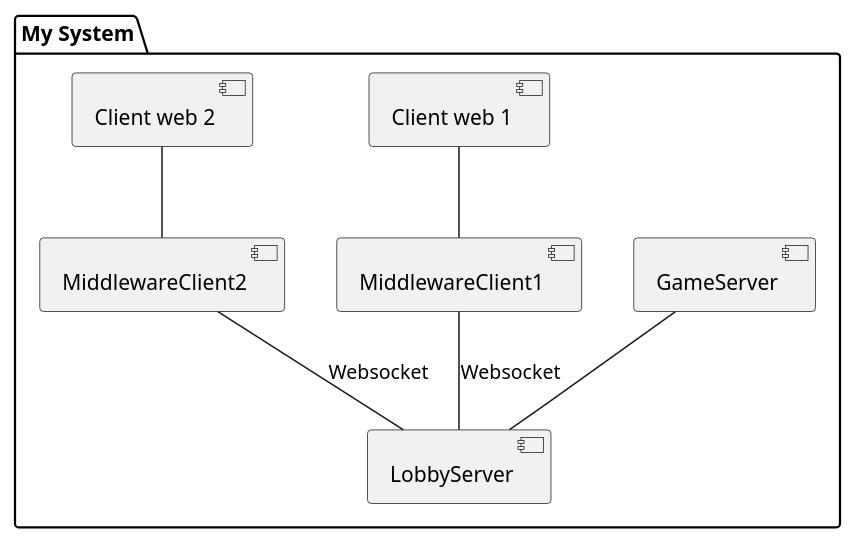
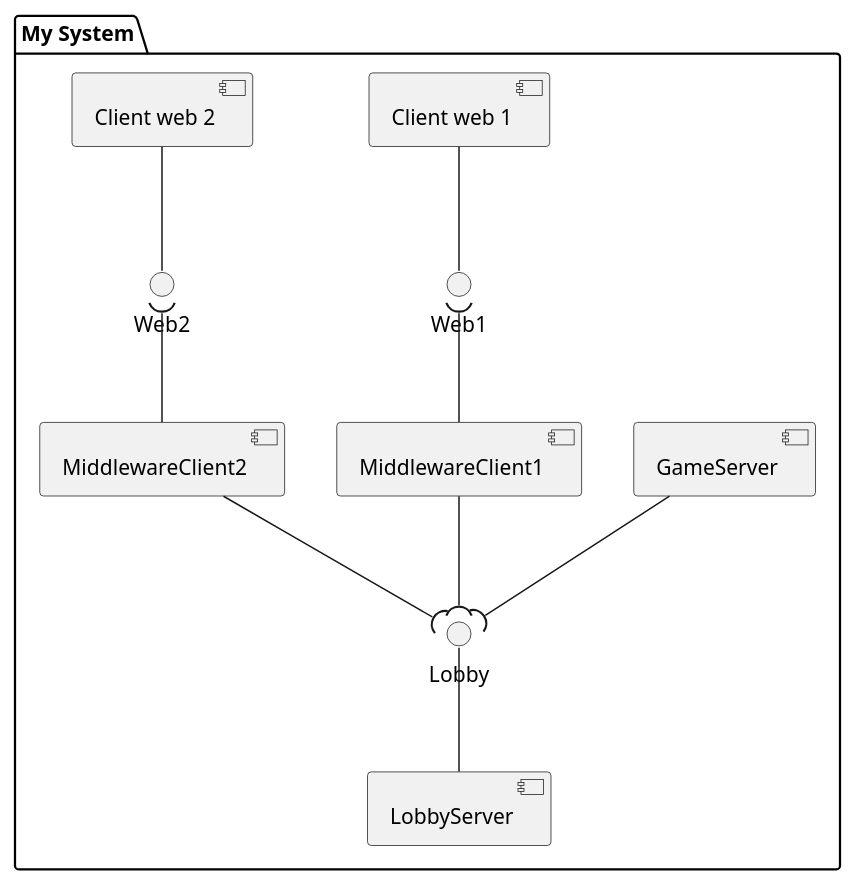
One commit to sybarry/Trivial_Pursuit_CL changed the diagram in trivial-doc/modules/developement/examples/dc-global.puml. Above: the diagram before and after it, drawn with PlantUML. The commit also changed 1 other file, not shown here.

```diff
--- a/trivial-doc/modules/developement/examples/dc-global.puml
+++ b/trivial-doc/modules/developement/examples/dc-global.puml
@@ -1,23 +1,32 @@
 @startuml
 
 package "My System" {
+interface Web1
+interface Web2
+interface Lobby
+
 [GameServer]
 
 [LobbyServer]
 
 [MiddlewareClient1]
 [MiddlewareClient2]
 
 [Client web 1]
 [Client web 2]
 }
 
-[GameServer] -- [LobbyServer]
 
-[Client web 1] -- [MiddlewareClient1]
-[Client web 2] -- [MiddlewareClient2]
+[LobbyServer] -up-() Lobby
 
-MiddlewareClient1 -- [LobbyServer] : Websocket
-MiddlewareClient2 -- LobbyServer: Websocket
+[GameServer] --( Lobby
+MiddlewareClient1 --( Lobby
+MiddlewareClient2 --( Lobby
+
+[Client web 1] --() Web1
+Web1 )-- [MiddlewareClient1]
+
+[Client web 2] --() Web2
+Web2 )-- [MiddlewareClient2]
 
 @enduml
```
